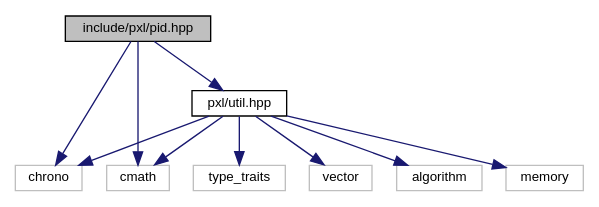
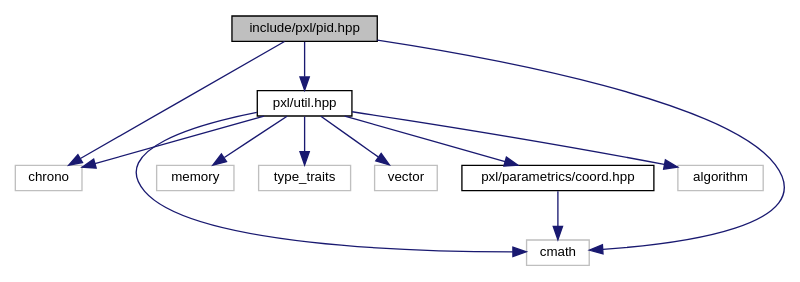
One commit to Pixel-Lib/Pixel changed the diagram in pid_8hpp__incl.dot. Above: the diagram before and after it, drawn with Graphviz. The commit also changed 285 other files, not shown here.

```diff
--- a/pid_8hpp__incl.dot
+++ b/pid_8hpp__incl.dot
@@ -1,23 +1,26 @@
 digraph "include/pxl/pid.hpp"
 {
  // LATEX_PDF_SIZE
   edge [fontname="Helvetica",fontsize="10",labelfontname="Helvetica",labelfontsize="10"];
   node [fontname="Helvetica",fontsize="10",shape=record];
   Node1 [label="include/pxl/pid.hpp",height=0.2,width=0.4,color="black", fillcolor="grey75", style="filled", fontcolor="black",tooltip=" "];
   Node1 -> Node2 [color="midnightblue",fontsize="10",style="solid",fontname="Helvetica"];
   Node2 [label="chrono",height=0.2,width=0.4,color="grey75", fillcolor="white", style="filled",tooltip=" "];
   Node1 -> Node3 [color="midnightblue",fontsize="10",style="solid",fontname="Helvetica"];
   Node3 [label="cmath",height=0.2,width=0.4,color="grey75", fillcolor="white", style="filled",tooltip=" "];
   Node1 -> Node4 [color="midnightblue",fontsize="10",style="solid",fontname="Helvetica"];
   Node4 [label="pxl/util.hpp",height=0.2,width=0.4,color="black", fillcolor="white", style="filled",URL="$util_8hpp.html",tooltip=" "];
   Node4 -> Node5 [color="midnightblue",fontsize="10",style="solid",fontname="Helvetica"];
   Node5 [label="algorithm",height=0.2,width=0.4,color="grey75", fillcolor="white", style="filled",tooltip=" "];
   Node4 -> Node2 [color="midnightblue",fontsize="10",style="solid",fontname="Helvetica"];
   Node4 -> Node3 [color="midnightblue",fontsize="10",style="solid",fontname="Helvetica"];
   Node4 -> Node6 [color="midnightblue",fontsize="10",style="solid",fontname="Helvetica"];
   Node6 [label="memory",height=0.2,width=0.4,color="grey75", fillcolor="white", style="filled",tooltip=" "];
   Node4 -> Node7 [color="midnightblue",fontsize="10",style="solid",fontname="Helvetica"];
   Node7 [label="type_traits",height=0.2,width=0.4,color="grey75", fillcolor="white", style="filled",tooltip=" "];
   Node4 -> Node8 [color="midnightblue",fontsize="10",style="solid",fontname="Helvetica"];
   Node8 [label="vector",height=0.2,width=0.4,color="grey75", fillcolor="white", style="filled",tooltip=" "];
+  Node4 -> Node9 [color="midnightblue",fontsize="10",style="solid",fontname="Helvetica"];
+  Node9 [label="pxl/parametrics/coord.hpp",height=0.2,width=0.4,color="black", fillcolor="white", style="filled",URL="$coord_8hpp.html",tooltip=" "];
+  Node9 -> Node3 [color="midnightblue",fontsize="10",style="solid",fontname="Helvetica"];
 }
```
